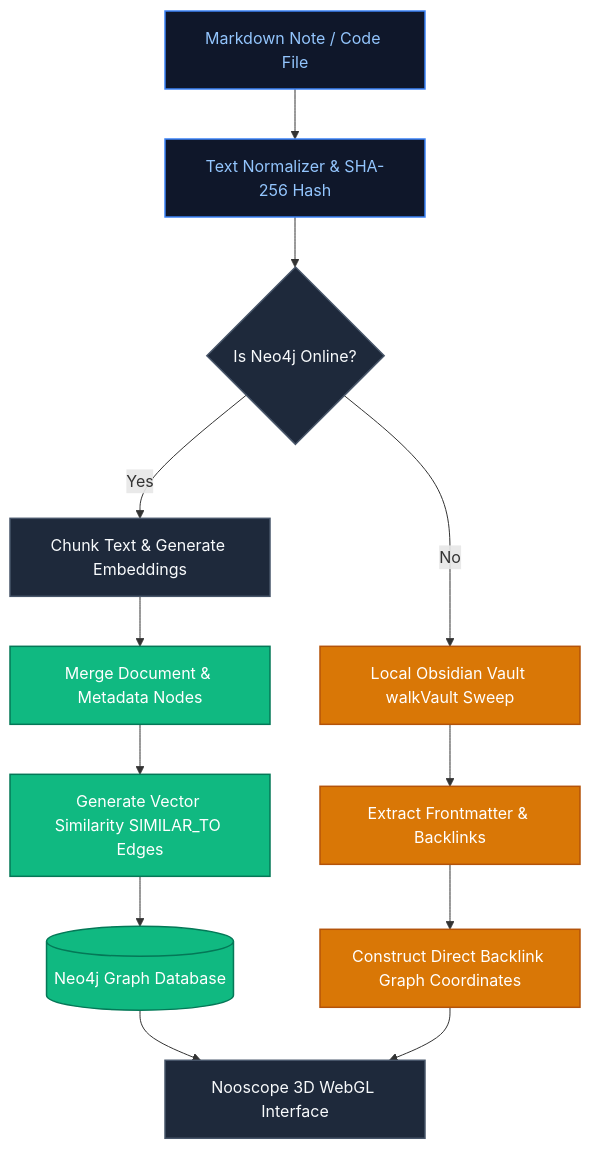
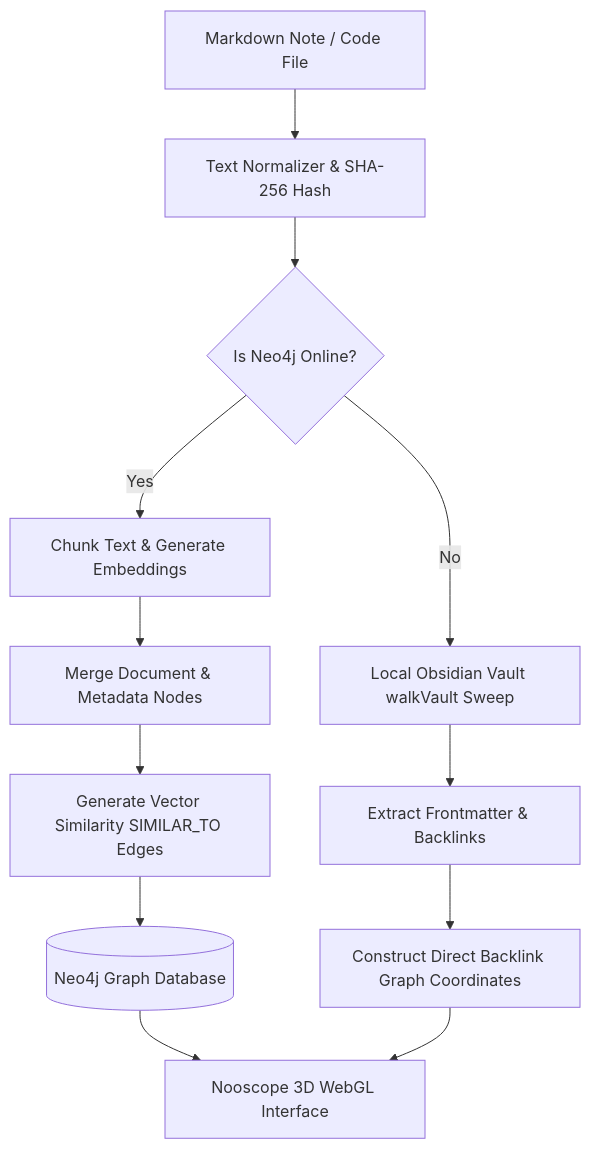
The diagram in docs/whitepaper/chapters/knowledge-graph.md (master5d/NAUTILUS), drawn with Mermaid before and after one commit. The commit also changed 6 other files, not shown here.

First line of the commit message:
docs: Refactor Mermaid diagrams for GitBook and GitHub Pages compatibility

````diff
--- a/docs/whitepaper/chapters/knowledge-graph.md
+++ b/docs/whitepaper/chapters/knowledge-graph.md
@@ -5,41 +5,34 @@
 ```mermaid
-graph TD
-    %% Styling
-    classDef Ingest fill:#0f172a,stroke:#3b82f6,stroke-width:1.5px,color:#93c5fd;
-    classDef Compute fill:#1e293b,stroke:#475569,stroke-width:1.5px,color:#f8fafc;
-    classDef Active fill:#10b981,stroke:#047857,stroke-width:1.5px,color:#fff;
-    classDef Fallback fill:#d97706,stroke:#b45309,stroke-width:1.5px,color:#fff;
-
-    %% Nodes
-    Source[Markdown Note / Code File]:::Ingest
-    Normalize[Text Normalizer & SHA-256 Hash]:::Ingest
+flowchart TD
+    Source[Markdown Note / Code File]
+    Normalize[Text Normalizer & SHA-256 Hash]
     
-    CheckDB{Is Neo4j Online?}:::Compute
+    CheckDB{Is Neo4j Online?}
     
     %% Neo4j Active Path
-    Chunk[Chunk Text & Generate Embeddings]:::Compute
-    MergeNodes[Merge Document & Metadata Nodes]:::Active
-    EdgeGen[Generate Vector Similarity SIMILAR_TO Edges]:::Active
-    Neo4jDB[(Neo4j Graph Database)]:::Active
-    WebGL[Nooscope 3D WebGL Interface]:::Compute
+    Chunk[Chunk Text & Generate Embeddings]
+    MergeNodes[Merge Document & Metadata Nodes]
+    EdgeGen[Generate Vector Similarity SIMILAR_TO Edges]
+    Neo4jDB[(Neo4j Graph Database)]
+    WebGL[Nooscope 3D WebGL Interface]
     
     %% Offline Fallback Path
-    ObsidianSweep[Local Obsidian Vault walkVault Sweep]:::Fallback
-    LocalExtract[Extract Frontmatter & Backlinks]:::Fallback
-    LocalGraph[Construct Direct Backlink Graph Coordinates]:::Fallback
+    ObsidianSweep[Local Obsidian Vault walkVault Sweep]
+    LocalExtract[Extract Frontmatter & Backlinks]
+    LocalGraph[Construct Direct Backlink Graph Coordinates]
 
     %% Connections
     Source --> Normalize
     Normalize --> CheckDB
     
     CheckDB -- Yes --> Chunk
     Chunk --> MergeNodes
     MergeNodes --> EdgeGen
     EdgeGen --> Neo4jDB
     Neo4jDB --> WebGL
     
     CheckDB -- No --> ObsidianSweep
     ObsidianSweep --> LocalExtract
     LocalExtract --> LocalGraph
     LocalGraph --> WebGL
 ```
````
